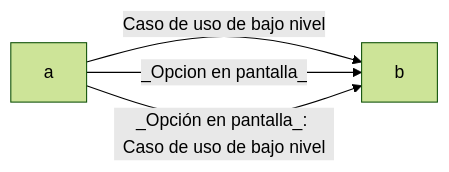
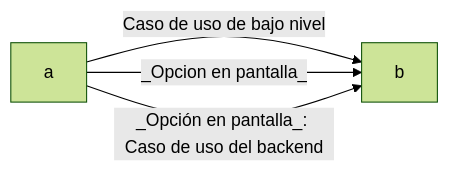
The third of 16 diagrams in documentacion/requisitos/diagramas_de_flujo.md (pabenito/QRest), drawn with Mermaid (forest theme) before and after one commit. The commit also changed other lines of this file, not shown here.

Commit message:
diagramas de flujo flujo frontend actualizado

````diff
--- a/documentacion/requisitos/diagramas_de_flujo.md
+++ b/documentacion/requisitos/diagramas_de_flujo.md
@@ -41,6 +40,6 @@
 ```mermaid
 flowchart LR
     a --Caso de uso de bajo nivel--> b
     a --_Opcion en pantalla_--> b
-    a --_Opción en pantalla_: Caso de uso de bajo nivel--> b
+    a --_Opción en pantalla_: Caso de uso del backend--> b
 ```
````
